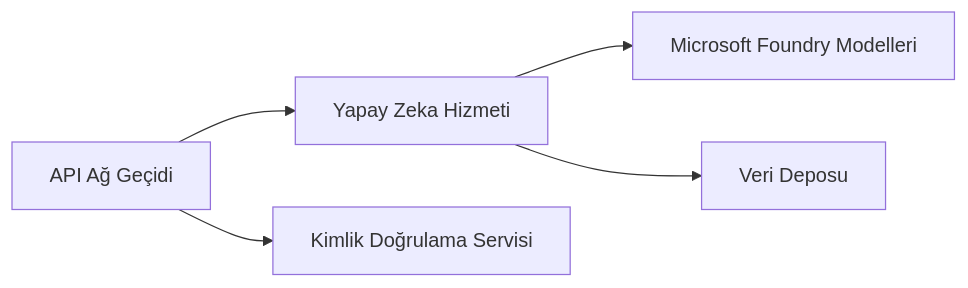
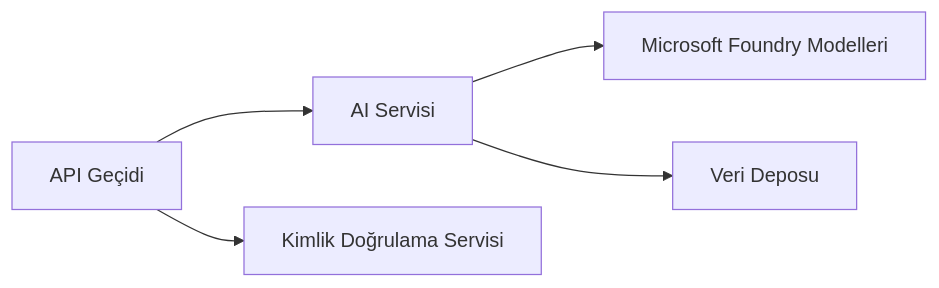
Before and after one commit to microsoft/AZD-for-beginners: the first of 2 diagrams in translations/tr/docs/chapter-08-production/README.md, drawn with Mermaid. The commit also changed other lines of this file and 61 other files, not shown here.

````diff
--- a/translations/tr/docs/chapter-08-production/README.md
+++ b/translations/tr/docs/chapter-08-production/README.md
@@ -48,6 +48,6 @@
 ```mermaid
 graph LR
-    Gateway[API Ağ Geçidi] --> AI[Yapay Zeka Hizmeti] --> Models[Microsoft Foundry Modelleri]
+    Gateway[API Geçidi] --> AI[AI Servisi] --> Models[Microsoft Foundry Modelleri]
     Gateway --> Auth[Kimlik Doğrulama Servisi]
     AI --> Data[Veri Deposu]
 ```
````
